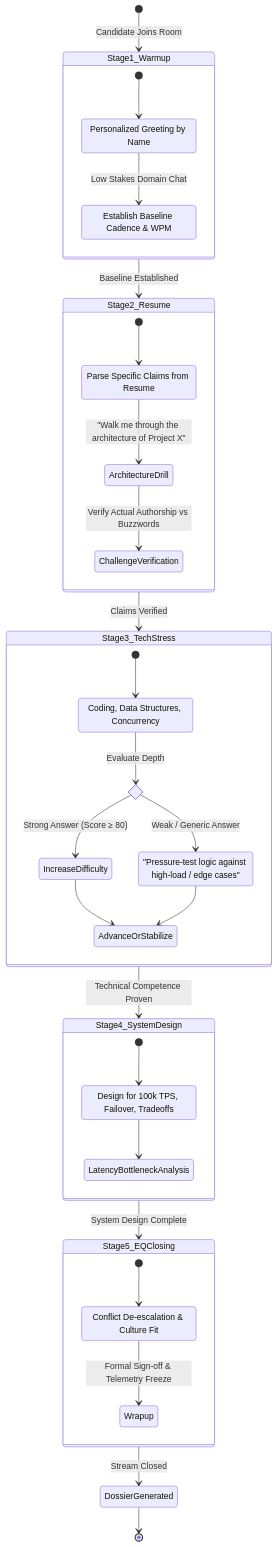
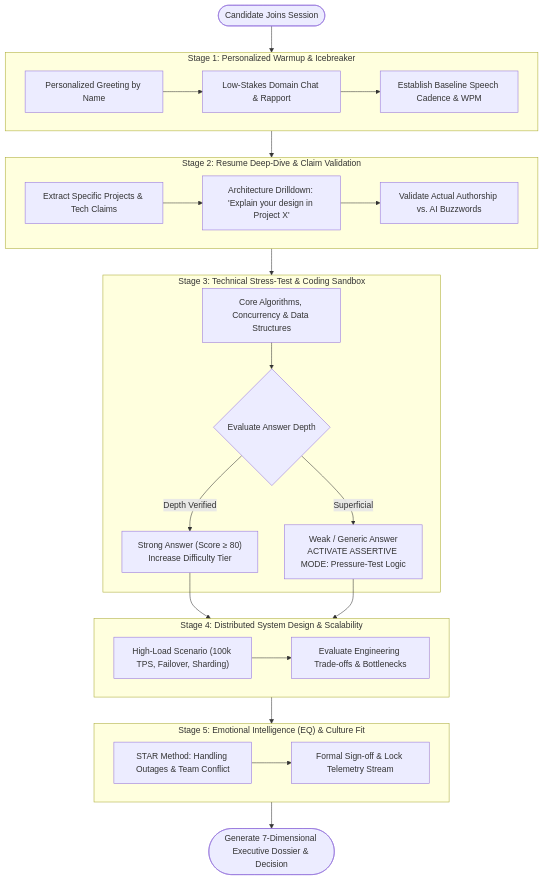
Before and after one commit to rgiri3334-wq/AI-Interview-Portal: the second of 4 diagrams in README.md, drawn with Mermaid. The commit also changed other lines of this file, not shown here.

Commit message:
fix(docs): resolve Mermaid syntax errors and convert state diagram to flowchart TD for GitHub rendering

````diff
--- a/README.md
+++ b/README.md
@@ -145,53 +145,51 @@
 ```mermaid
-stateDiagram-v2
-    [*] --> Stage1_Warmup: Candidate Joins Room
-    
-    state Stage1_Warmup {
-        [*] --> WarmupGreeting
-        WarmupGreeting: Personalized Greeting by Name
-        WarmupGreeting --> Icebreaker: Low Stakes Domain Chat
-        Icebreaker: Establish Baseline Cadence & WPM
-    }
+flowchart TD
+    Start(["Candidate Joins Session"]) --> S1
 
-    Stage1_Warmup --> Stage2_Resume: Baseline Established
-    
-    state Stage2_Resume {
-        [*] --> ExtractProjectClaims
-        ExtractProjectClaims: Parse Specific Claims from Resume
-        ExtractProjectClaims --> ArchitectureDrill: "Walk me through the architecture of Project X"
-        ArchitectureDrill --> ChallengeVerification: Verify Actual Authorship vs Buzzwords
-    }
+    subgraph S1["Stage 1: Personalized Warmup & Icebreaker"]
+        S1_Greet["Personalized Greeting by Name"]
+        S1_Ice["Low-Stakes Domain Chat & Rapport"]
+        S1_Base["Establish Baseline Speech Cadence & WPM"]
+        S1_Greet --> S1_Ice --> S1_Base
+    end
 
-    Stage2_Resume --> Stage3_TechStress: Claims Verified
-    
-    state Stage3_TechStress {
-        [*] --> DeepTechnicalDive
-        DeepTechnicalDive: Coding, Data Structures, Concurrency
-        state AnswerCheck <<choice>>
-        DeepTechnicalDive --> AnswerCheck: Evaluate Depth
-        AnswerCheck --> IncreaseDifficulty: Strong Answer (Score ≥ 80)
-        AnswerCheck --> AssertivePressureMode: Weak / Generic Answer
-        AssertivePressureMode: "Pressure-test logic against high-load / edge cases"
-        IncreaseDifficulty --> AdvanceOrStabilize
-        AssertivePressureMode --> AdvanceOrStabilize
-    }
+    S1 --> S2
 
-    Stage3_TechStress --> Stage4_SystemDesign: Technical Competence Proven
-    
-    state Stage4_SystemDesign {
-        [*] --> ScalabilityScenario
-        ScalabilityScenario: Design for 100k TPS, Failover, Tradeoffs
-        ScalabilityScenario --> LatencyBottleneckAnalysis
-    }
+    subgraph S2["Stage 2: Resume Deep-Dive & Claim Validation"]
+        S2_Parse["Extract Specific Projects & Tech Claims"]
+        S2_Drill["Architecture Drilldown: 'Explain your design in Project X'"]
+        S2_Audit["Validate Actual Authorship vs. AI Buzzwords"]
+        S2_Parse --> S2_Drill --> S2_Audit
+    end
 
-    Stage4_SystemDesign --> Stage5_EQClosing: System Design Complete
-    
-    state Stage5_EQClosing {
-        [*] --> STARBehavioral
-        STARBehavioral: Conflict De-escalation & Culture Fit
-        STARBehavioral --> Wrapup: Formal Sign-off & Telemetry Freeze
-    }
+    S2 --> S3
 
-    Stage5_EQClosing --> DossierGenerated: Stream Closed
-    DossierGenerated --> [*]
+    subgraph S3["Stage 3: Technical Stress-Test & Coding Sandbox"]
+        S3_Dive["Core Algorithms, Concurrency & Data Structures"]
+        S3_Eval{"Evaluate Answer Depth"}
+        S3_High["Strong Answer (Score ≥ 80)<br/>Increase Difficulty Tier"]
+        S3_Assert["Weak / Generic Answer<br/>ACTIVATE ASSERTIVE MODE: Pressure-Test Logic"]
+        S3_Dive --> S3_Eval
+        S3_Eval -- "Depth Verified" --> S3_High
+        S3_Eval -- "Superficial" --> S3_Assert
+    end
+
+    S3_High --> S4
+    S3_Assert --> S4
+
+    subgraph S4["Stage 4: Distributed System Design & Scalability"]
+        S4_Scale["High-Load Scenario (100k TPS, Failover, Sharding)"]
+        S4_Trade["Evaluate Engineering Trade-offs & Bottlenecks"]
+        S4_Scale --> S4_Trade
+    end
+
+    S4 --> S5
+
+    subgraph S5["Stage 5: Emotional Intelligence (EQ) & Culture Fit"]
+        S5_STAR["STAR Method: Handling Outages & Team Conflict"]
+        S5_Close["Formal Sign-off & Lock Telemetry Stream"]
+        S5_STAR --> S5_Close
+    end
+
+    S5 --> Finish(["Generate 7-Dimensional Executive Dossier & Decision"])
 ```
````
